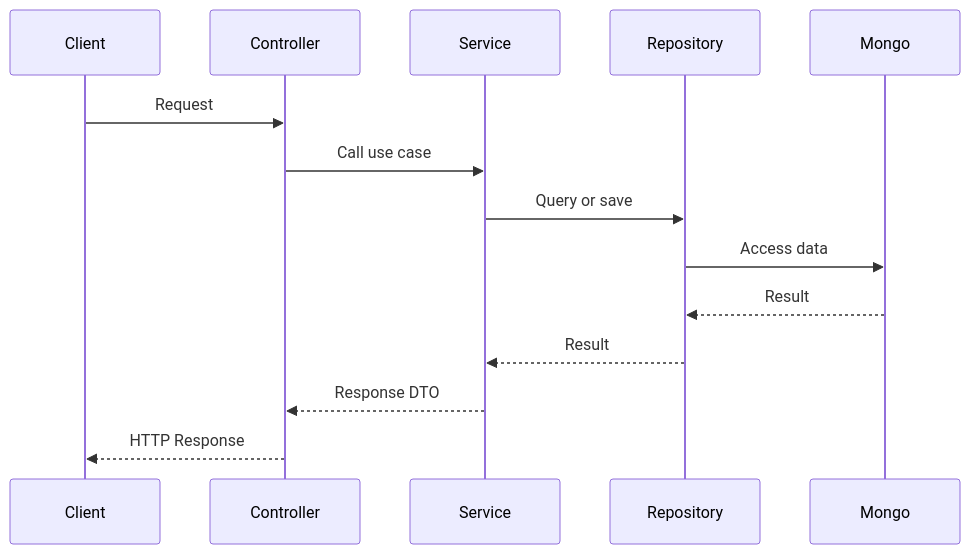
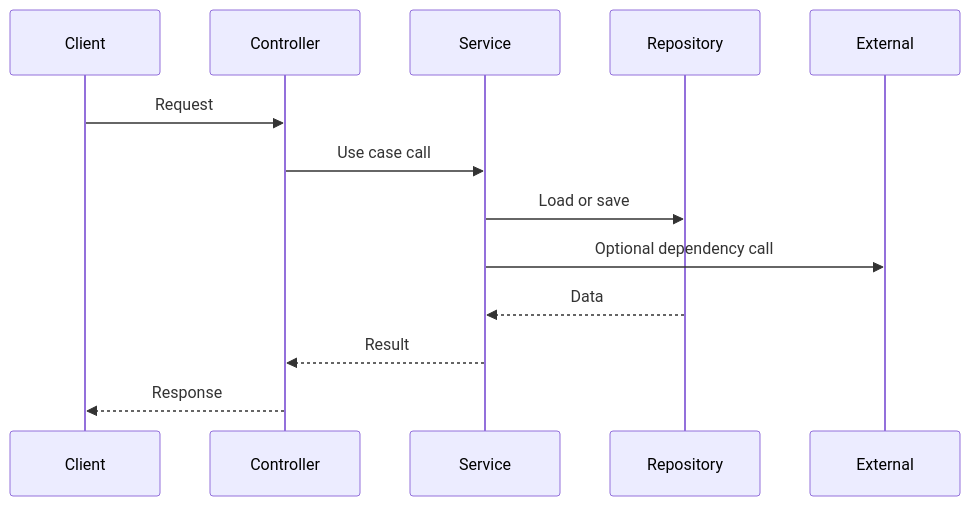
Before and after one commit to SWM16-ASAP/back-server: the first of 2 diagrams in docs/templates/architecture-template.md, drawn with Mermaid. The commit also changed other lines of this file and 46 other files, not shown here.

````diff
--- a/docs/templates/architecture-template.md
+++ b/docs/templates/architecture-template.md
@@ -47,17 +66,16 @@
 ```mermaid
 sequenceDiagram
     participant Client
     participant Controller
     participant Service
     participant Repository
-    participant Mongo
+    participant External
 
     Client->>Controller: Request
-    Controller->>Service: Call use case
-    Service->>Repository: Query or save
-    Repository->>Mongo: Access data
-    Mongo-->>Repository: Result
-    Repository-->>Service: Result
-    Service-->>Controller: Response DTO
-    Controller-->>Client: HTTP Response
+    Controller->>Service: Use case call
+    Service->>Repository: Load or save
+    Service->>External: Optional dependency call
+    Repository-->>Service: Data
+    Service-->>Controller: Result
+    Controller-->>Client: Response
 ```
````
